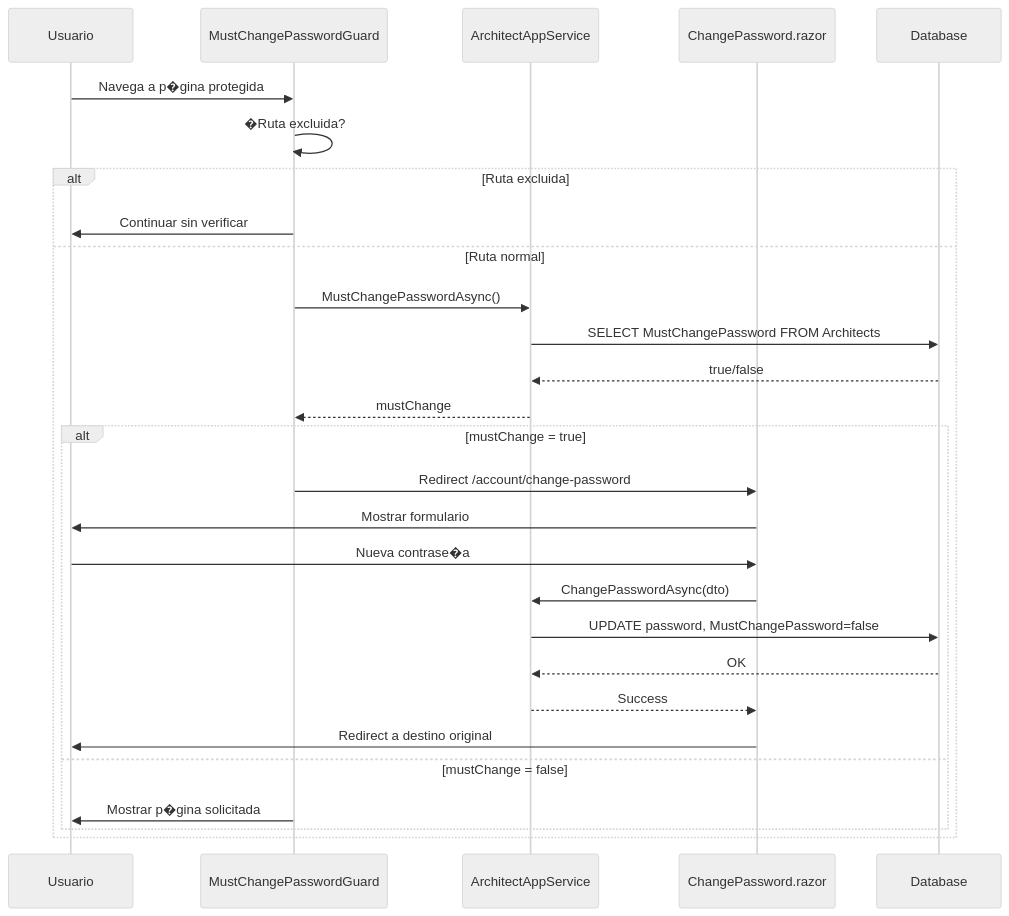
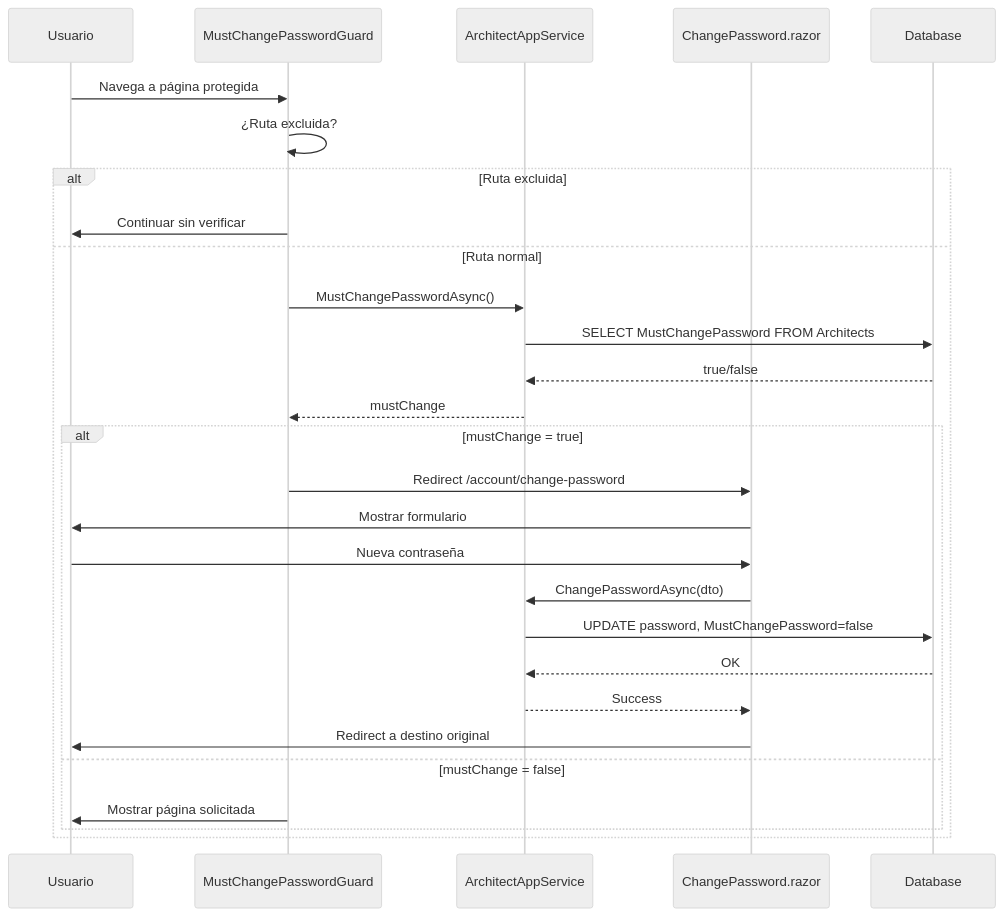
The third of 3 diagrams in docs/AUTH_FLOW.md (Pedro-Samuel-Rodriguez-Caudillo/cima), drawn with Mermaid (neutral theme) before and after one commit. The commit also changed other lines of this file and 27 other files, not shown here.

````diff
--- a/docs/AUTH_FLOW.md
+++ b/docs/AUTH_FLOW.md
@@ -215,31 +215,31 @@
 ```mermaid
 sequenceDiagram
     participant U as Usuario
     participant G as MustChangePasswordGuard
     participant API as ArchitectAppService
     participant CP as ChangePassword.razor
     participant DB as Database
 
-    U->>G: Navega a p�gina protegida
-    G->>G: �Ruta excluida?
+    U->>G: Navega a página protegida
+    G->>G: ¿Ruta excluida?
     alt Ruta excluida
         G->>U: Continuar sin verificar
     else Ruta normal
         G->>API: MustChangePasswordAsync()
         API->>DB: SELECT MustChangePassword FROM Architects
         DB-->>API: true/false
         API-->>G: mustChange
         alt mustChange = true
             G->>CP: Redirect /account/change-password
             CP->>U: Mostrar formulario
-            U->>CP: Nueva contrase�a
+            U->>CP: Nueva contraseña
             CP->>API: ChangePasswordAsync(dto)
             API->>DB: UPDATE password, MustChangePassword=false
             DB-->>API: OK
             API-->>CP: Success
             CP->>U: Redirect a destino original
         else mustChange = false
-            G->>U: Mostrar p�gina solicitada
+            G->>U: Mostrar página solicitada
         end
     end
 ```
````
